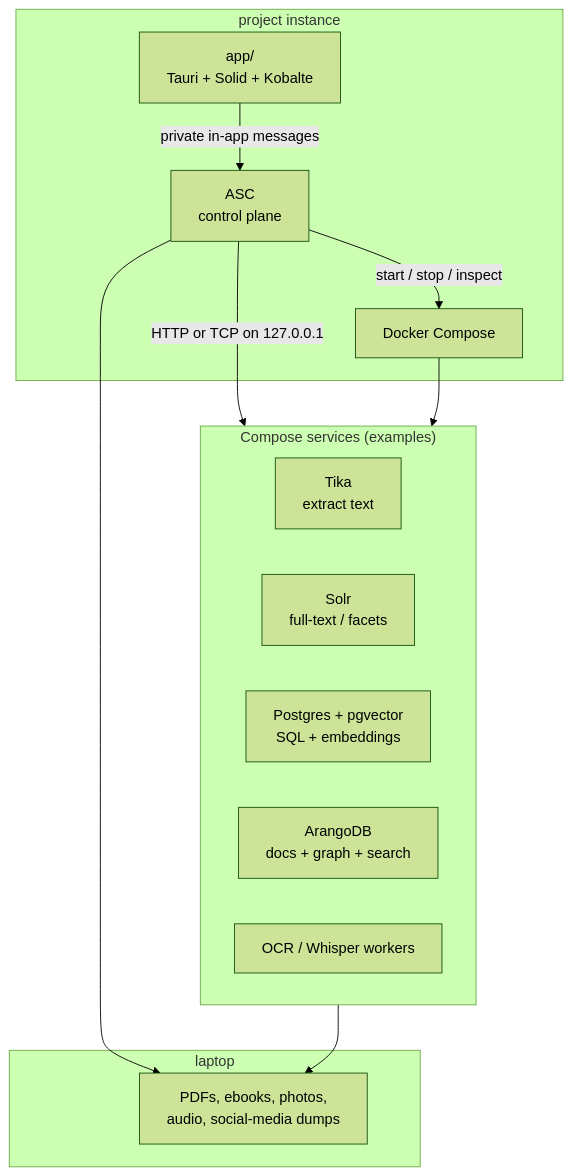
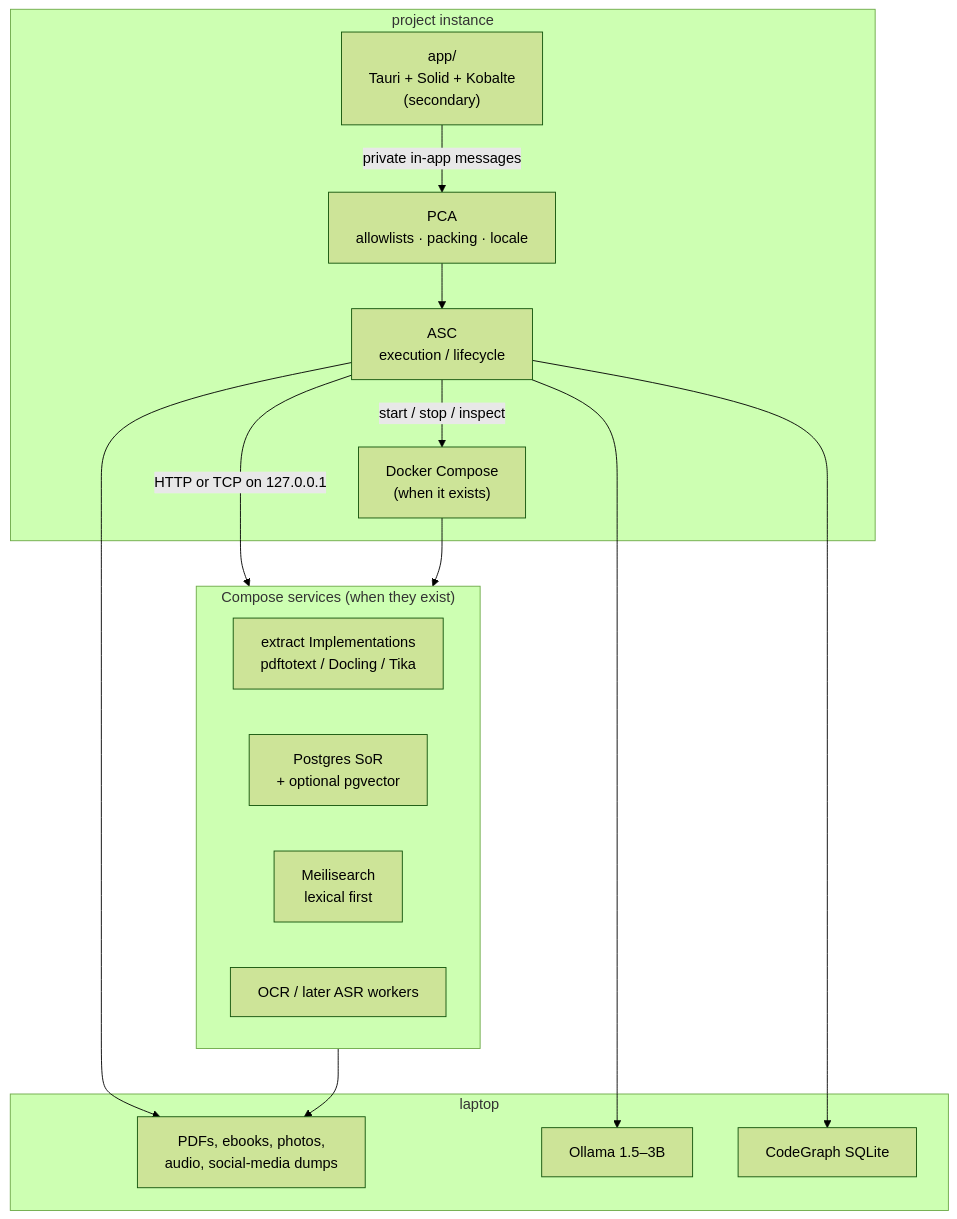
The first of 8 diagrams in data/ideas/2026/08/17-local-dev-stack-architecture.md (Paulmicha/projet-complexe-asc), drawn with Mermaid (forest theme) before and after one commit. The commit also changed other lines of this file and 322 other files, not shown here.

````diff
--- a/data/ideas/2026/08/17-local-dev-stack-architecture.md
+++ b/data/ideas/2026/08/17-local-dev-stack-architecture.md
@@ -34,27 +61,32 @@
 ```mermaid
 flowchart TB
   subgraph instance["project instance"]
-    APP["app/<br/>Tauri + Solid + Kobalte"]
-    ASC["ASC<br/>control plane"]
-    COMPOSE["Docker Compose"]
+    APP["app/<br/>Tauri + Solid + Kobalte<br/>(secondary)"]
+    PCA["PCA<br/>allowlists · packing · locale"]
+    ASC["ASC<br/>execution / lifecycle"]
+    COMPOSE["Docker Compose<br/>(when it exists)"]
   end
 
   subgraph host["laptop"]
     FS["PDFs, ebooks, photos,<br/>audio, social-media dumps"]
+    OLLAMA["Ollama 1.5–3B"]
+    CG["CodeGraph SQLite"]
   end
 
-  subgraph engines["Compose services (examples)"]
-    TIKA["Tika<br/>extract text"]
-    SOLR["Solr<br/>full-text / facets"]
-    PG["Postgres + pgvector<br/>SQL + embeddings"]
-    ARANGO["ArangoDB<br/>docs + graph + search"]
-    OCR["OCR / Whisper workers"]
+  subgraph engines["Compose services (when they exist)"]
+    EXTRACT["extract Implementations<br/>pdftotext / Docling / Tika"]
+    PG["Postgres SoR<br/>+ optional pgvector"]
+    MEILI["Meilisearch<br/>lexical first"]
+    OCR["OCR / later ASR workers"]
   end
 
-  APP -->|"private in-app messages"| ASC
+  APP -->|"private in-app messages"| PCA
+  PCA --> ASC
   ASC -->|"start / stop / inspect"| COMPOSE
   ASC -->|"HTTP or TCP on 127.0.0.1"| engines
   COMPOSE --> engines
   ASC --> FS
   engines --> FS
+  ASC --> OLLAMA
+  ASC --> CG
 ```
````
